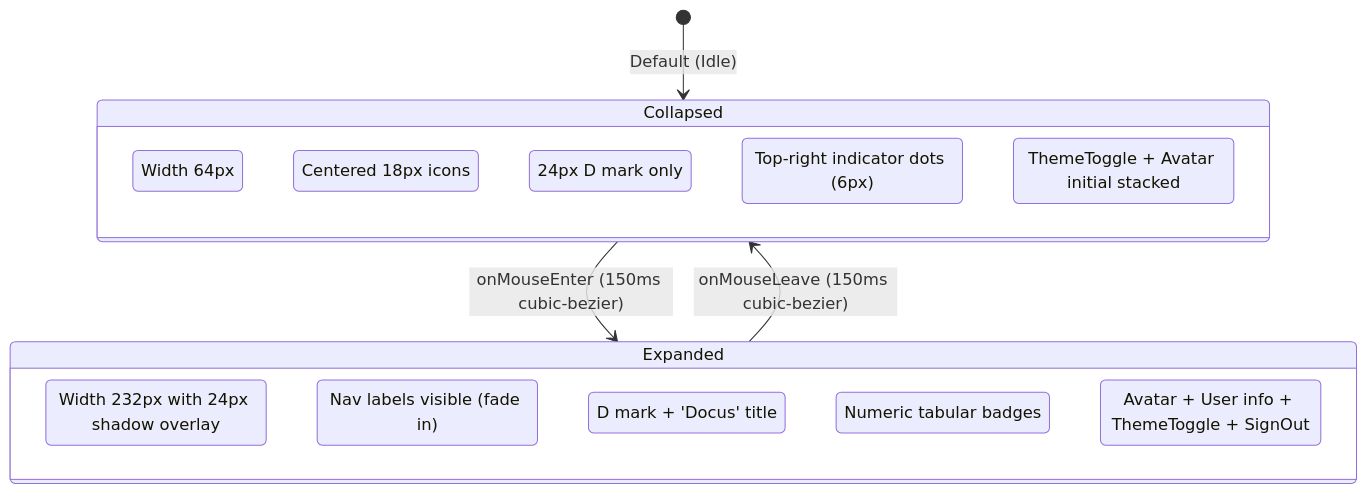
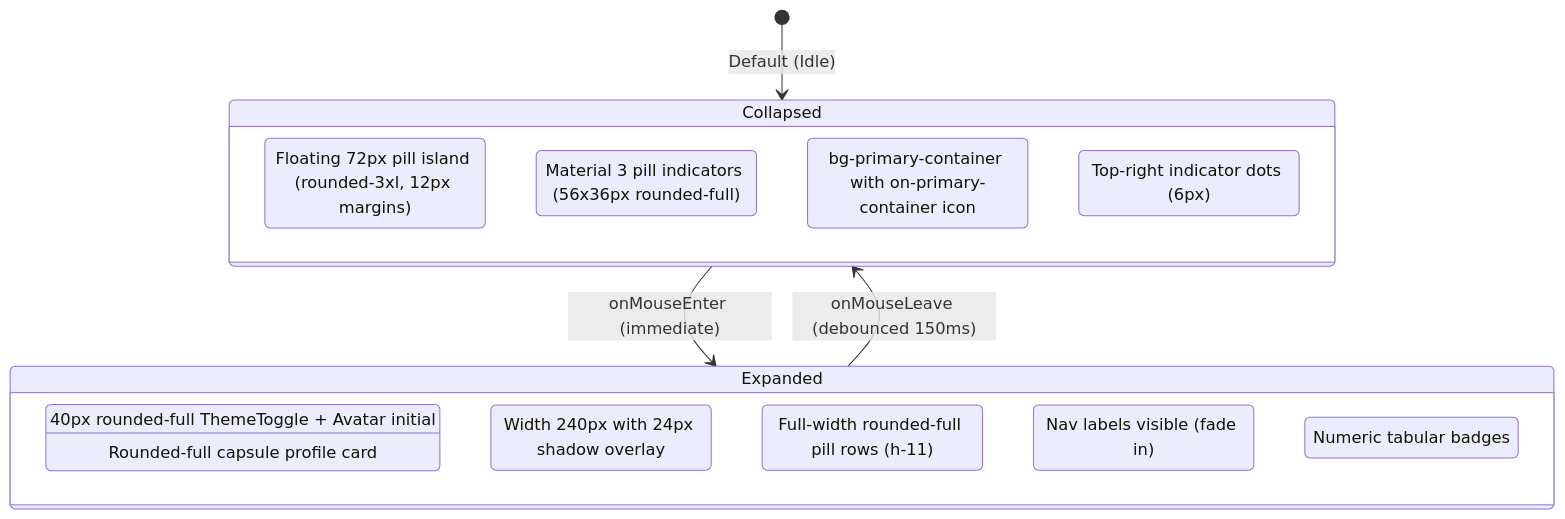
One commit to aiyu-ayaan/Domus changed the second of 2 diagrams in development/docs/THEME_AND_NAVIGATION.md. Above: the diagram before and after it, drawn with Mermaid. The commit also changed other lines of this file, not shown here.

Commit message:
docs(Theme) : Update theme documentation for Android botanical scheme and pill sidebar

````diff
--- a/development/docs/THEME_AND_NAVIGATION.md
+++ b/development/docs/THEME_AND_NAVIGATION.md
@@ -62,23 +64,23 @@
 ```mermaid
 stateDiagram-v2
     [*] --> Collapsed: Default (Idle)
     
     state Collapsed {
-        Rail: Width 64px
-        Icons: Centered 18px icons
-        MarkIcon: 24px D mark only
+        Rail: Floating 72px pill island (rounded-3xl, 12px margins)
+        Pills: Material 3 pill indicators (56x36px rounded-full)
+        ActiveItem: bg-primary-container with on-primary-container icon
         Badges: Top-right indicator dots (6px)
-        FooterIcon: ThemeToggle + Avatar initial stacked
+        Footer: 40px rounded-full ThemeToggle + Avatar initial
     }
     
     state Expanded {
-        Panel: Width 232px with 24px shadow overlay
+        Panel: Width 240px with 24px shadow overlay
+        Capsules: Full-width rounded-full pill rows (h-11)
         Labels: Nav labels visible (fade in)
-        MarkFull: D mark + 'Docus' title
         CountPills: Numeric tabular badges
-        FooterFull: Avatar + User info + ThemeToggle + SignOut
+        Footer: Rounded-full capsule profile card
     }
     
-    Collapsed --> Expanded: onMouseEnter (150ms cubic-bezier)
-    Expanded --> Collapsed: onMouseLeave (150ms cubic-bezier)
+    Collapsed --> Expanded: onMouseEnter (immediate)
+    Expanded --> Collapsed: onMouseLeave (debounced 150ms)
 ```
````
